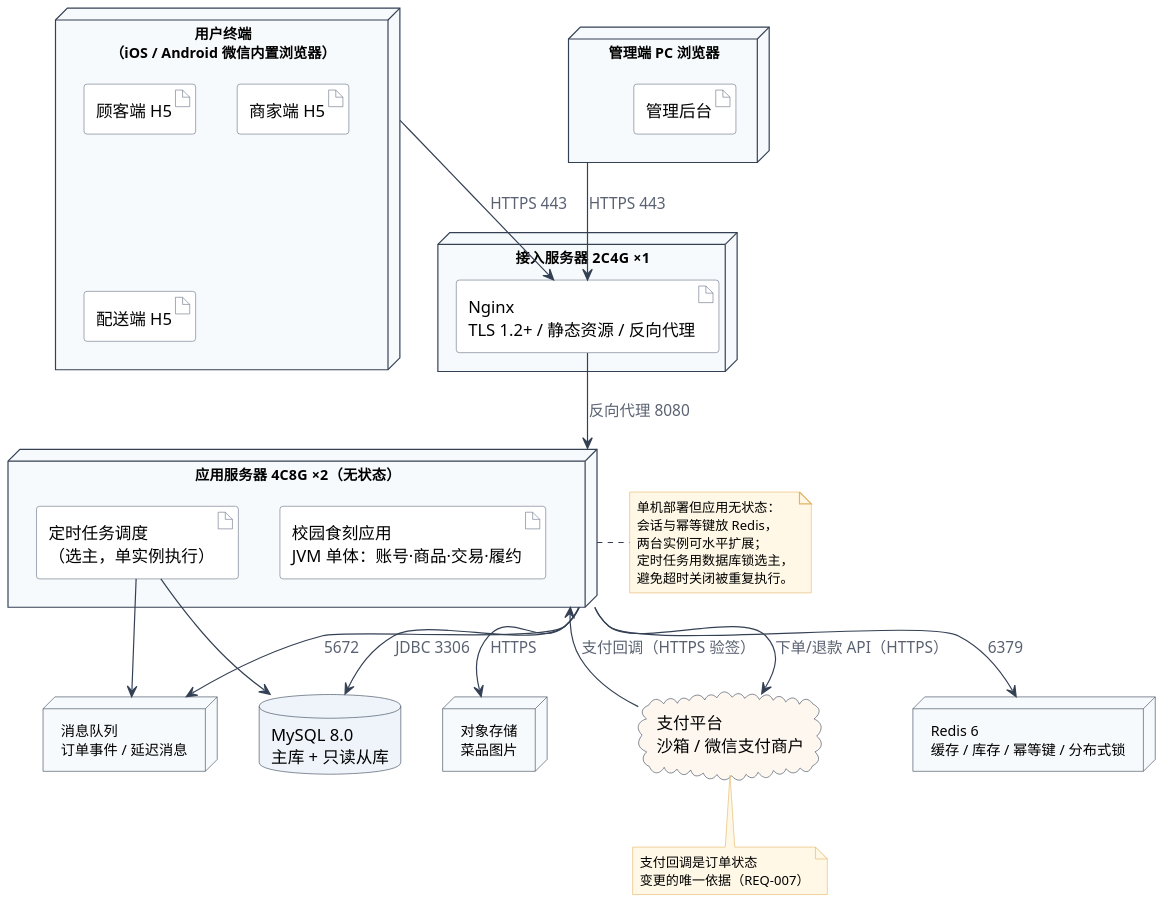
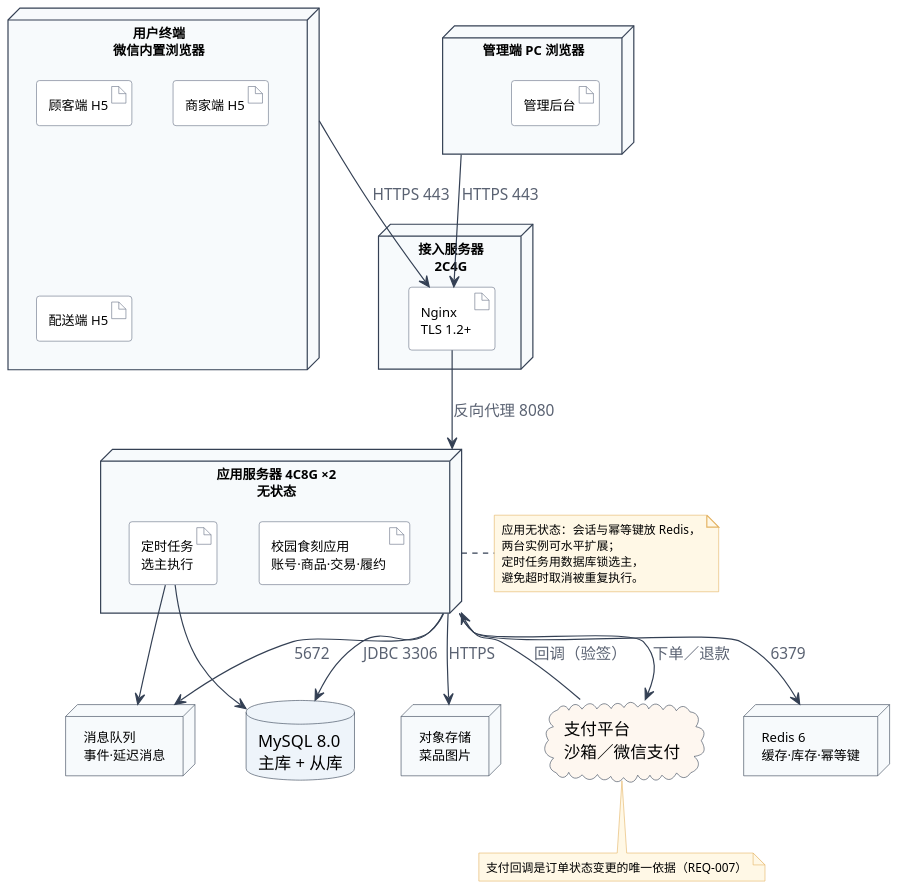
One commit to yui060814zwp-creator/SE-lab changed the diagram in lab2/UML/UML部署图.puml. Above: the diagram before and after it, drawn with PlantUML. The commit also changed 21 other files, not shown here.

Commit message:
lab2: 按评审意见重画 UML，补足三类图（11 张，类图拆为交易域与账号商品域）

```diff
--- a/lab2/UML/UML部署图.puml
+++ b/lab2/UML/UML部署图.puml
@@ -1,77 +1,76 @@
 @startuml UML部署图
 skinparam defaultFontName "Microsoft YaHei"
 skinparam shadowing false
 skinparam ArrowColor #344054
 skinparam ArrowFontColor #5A6272
 skinparam dpi 150
 skinparam node {
   BackgroundColor #F7FAFC
   BorderColor #344054
-  FontSize 12
+  FontSize 11
 }
 skinparam database {
   BackgroundColor #EEF4FA
   BorderColor #344054
 }
 skinparam cloud {
   BackgroundColor #FEF7F0
   BorderColor #344054
 }
 skinparam artifact {
   BackgroundColor #FFFFFF
   BorderColor #667085
+  FontSize 11
 }
 skinparam note {
   BackgroundColor #FFF8E6
   BorderColor #E4B363
-  FontSize 11
+  FontSize 10
 }
 
-node "用户终端\n（iOS / Android 微信内置浏览器）" as CLIENT {
+node "用户终端\n微信内置浏览器" as CLIENT {
   artifact "顾客端 H5" as A1
   artifact "商家端 H5" as A2
   artifact "配送端 H5" as A3
 }
 node "管理端 PC 浏览器" as ADMIN {
   artifact "管理后台" as A4
 }
 
-node "接入服务器  2C4G ×1" as EDGE {
-  artifact "Nginx\nTLS 1.2+ / 静态资源 / 反向代理" as NGX
+node "接入服务器\n2C4G" as EDGE {
+  artifact "Nginx\nTLS 1.2+" as NGX
 }
 
-node "应用服务器  4C8G ×2（无状态）" as APP {
-  artifact "校园食刻应用\nJVM 单体：账号·商品·交易·履约" as JAR
-  artifact "定时任务调度\n（选主，单实例执行）" as SCHED
+node "应用服务器 4C8G ×2\n无状态" as APP {
+  artifact "校园食刻应用\n账号·商品·交易·履约" as JAR
+  artifact "定时任务\n选主执行" as SCHED
 }
 
-database "MySQL 8.0\n主库 + 只读从库" as DB
-node "Redis 6\n缓存 / 库存 / 幂等键 / 分布式锁" as REDIS
-node "消息队列\n订单事件 / 延迟消息" as MQ
+database "MySQL 8.0\n主库 + 从库" as DB
+node "Redis 6\n缓存·库存·幂等键" as REDIS
+node "消息队列\n事件·延迟消息" as MQ
 node "对象存储\n菜品图片" as OSS
-cloud "支付平台\n沙箱 / 微信支付商户" as PAY
+cloud "支付平台\n沙箱／微信支付" as PAY
 
 CLIENT --> NGX : HTTPS 443
 ADMIN --> NGX : HTTPS 443
 NGX --> APP : 反向代理 8080
 APP --> DB : JDBC 3306
 APP --> REDIS : 6379
 APP --> MQ : 5672
 APP --> OSS : HTTPS
 SCHED --> DB
 SCHED --> MQ
-APP --> PAY : 下单/退款 API（HTTPS）
-PAY --> APP : 支付回调（HTTPS 验签）
+APP --> PAY : 下单／退款
+PAY --> APP : 回调（验签）
 
 note right of APP
-  单机部署但应用无状态：
-  会话与幂等键放 Redis，
+  应用无状态：会话与幂等键放 Redis，
   两台实例可水平扩展；
   定时任务用数据库锁选主，
-  避免超时关闭被重复执行。
+  避免超时取消被重复执行。
 end note
 note bottom of PAY
-  支付回调是订单状态
-  变更的唯一依据（REQ-007）
+  支付回调是订单状态变更的唯一依据（REQ-007）
 end note
 @enduml
```
